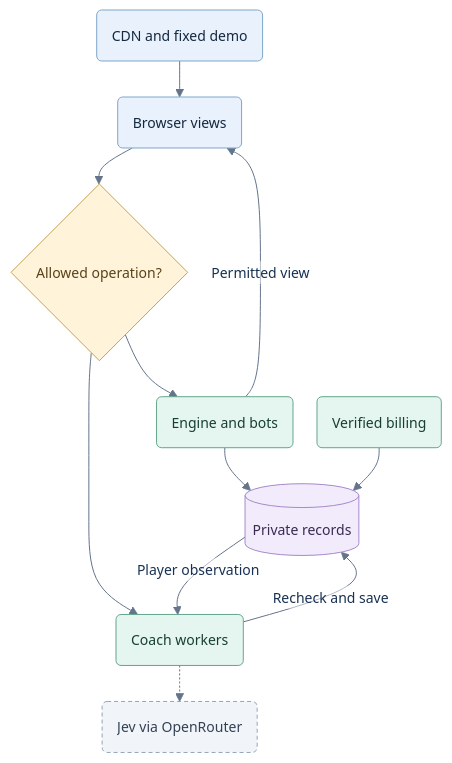
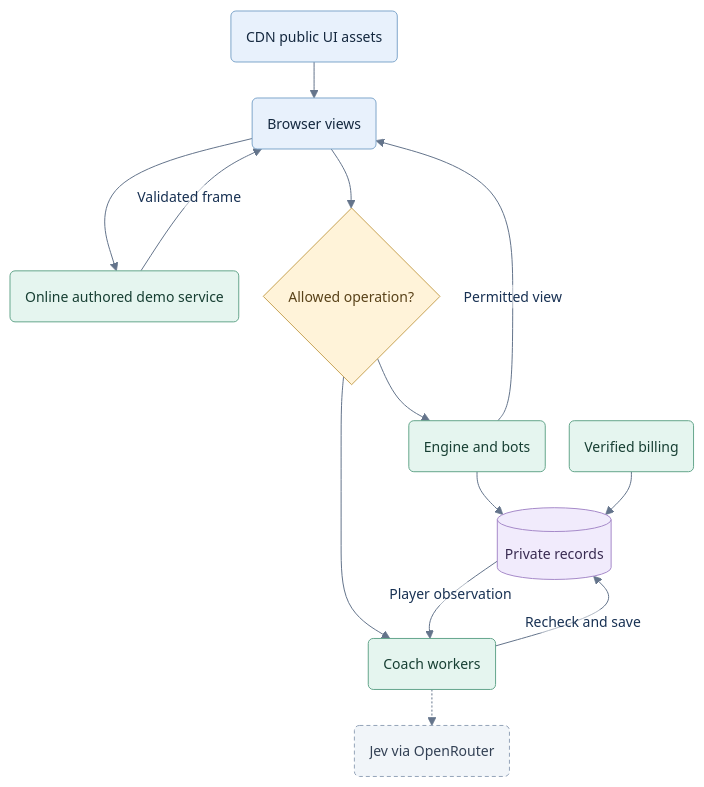
Before and after one commit to aflashback/cardford-as-is: the diagram in planning/07-hosted-architecture.md, drawn with Mermaid. The commit also changed other lines of this file and 16 other files, not shown here.

Commit message:
Amend plan for online demo configurable access and mobile reuse

````diff
--- a/planning/07-hosted-architecture.md
+++ b/planning/07-hosted-architecture.md
@@ -39,26 +41,29 @@
 ```mermaid
 %%{init: {"theme":"base","themeVariables":{"fontFamily":"Segoe UI, Arial, sans-serif","fontSize":"14px","lineColor":"#64748B","textColor":"#183153","primaryTextColor":"#183153","edgeLabelBackground":"#FFFFFF","clusterBkg":"#F8FAFC","clusterBorder":"#CBD5E1"},"flowchart":{"curve":"basis","htmlLabels":false,"nodeSpacing":24,"rankSpacing":36}}}%%
 flowchart TD
   accTitle: Proposed hosted trust boundary
-  accDescr: Public demo content reaches the browser directly. Protected game and coaching work passes an access check; private records and optional Jev remain behind the service.
-  DEMO("CDN and fixed demo") --> UI("Browser views")
+  accDescr: Public assets reach the browser; demo choices require server-authored frames. Protected game and coaching work passes an access check; private records and optional Jev remain behind the service.
+  ASSETS("CDN public UI assets") --> UI("Browser views")
+  UI --> DEMO("Online authored demo service")
+  DEMO -->|"Validated frame"| UI
   UI --> ACCESS{"Allowed operation?"}
   ACCESS --> GAME("Engine and bots")
   GAME --> DB[("Private records")]
   GAME -->|"Permitted view"| UI
   ACCESS --> COACH("Coach workers")
   DB -->|"Player observation"| COACH
   COACH -->|"Recheck and save"| DB
   COACH -.-> JEV("Jev via OpenRouter")
   BILLING("Verified billing") --> DB
   classDef view fill:#E8F1FC,stroke:#7FA6CB,color:#14283F;
   classDef service fill:#E5F5EF,stroke:#65A68C,color:#173F33;
   classDef data fill:#F1EBFC,stroke:#A68AC9,color:#392B52;
   classDef gate fill:#FFF3D9,stroke:#C7A253,color:#594219;
   classDef muted fill:#F1F5F9,stroke:#94A3B8,color:#334155,stroke-dasharray:4 3;
-  class DEMO,UI view;
+  class ASSETS,UI view;
+  class DEMO service;
   class GAME,COACH,BILLING service;
   class DB data;
   class ACCESS gate;
   class JEV muted;
 ```
````
